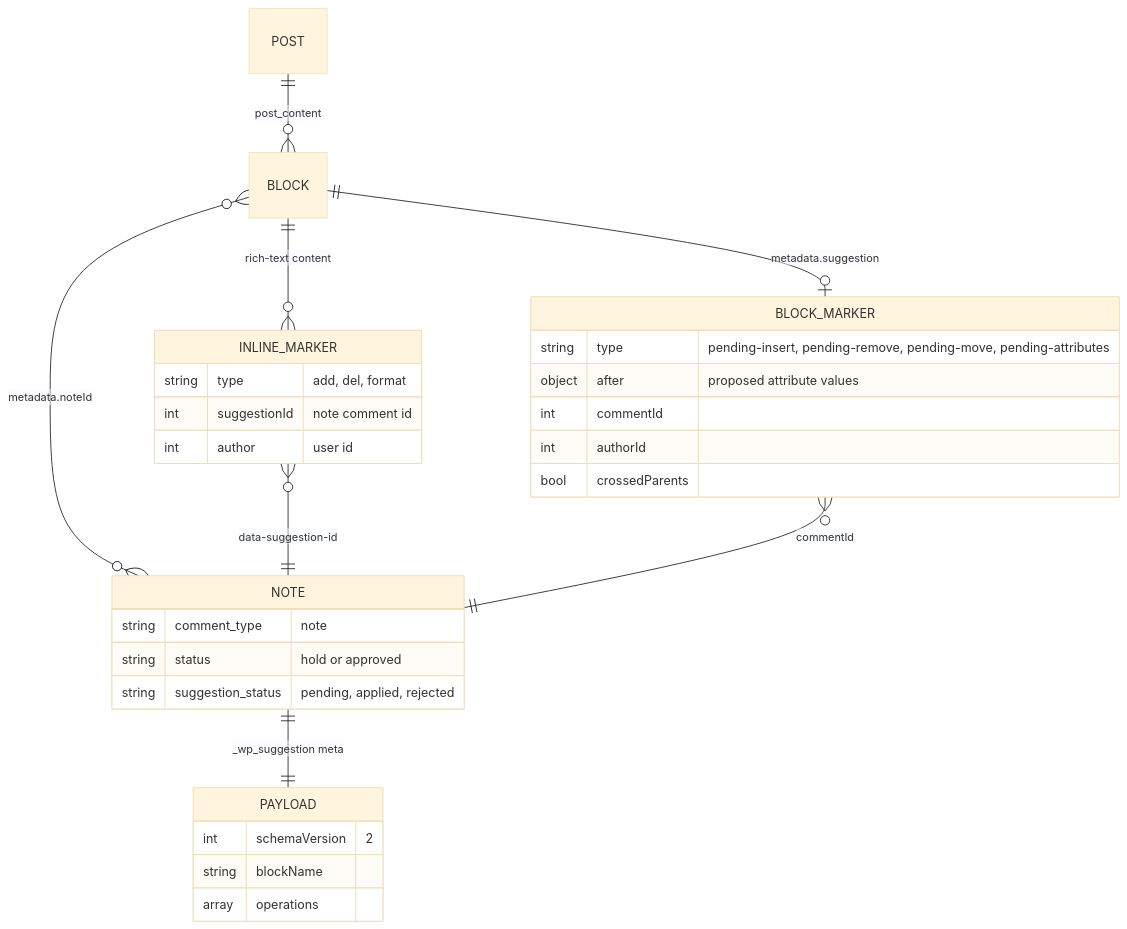
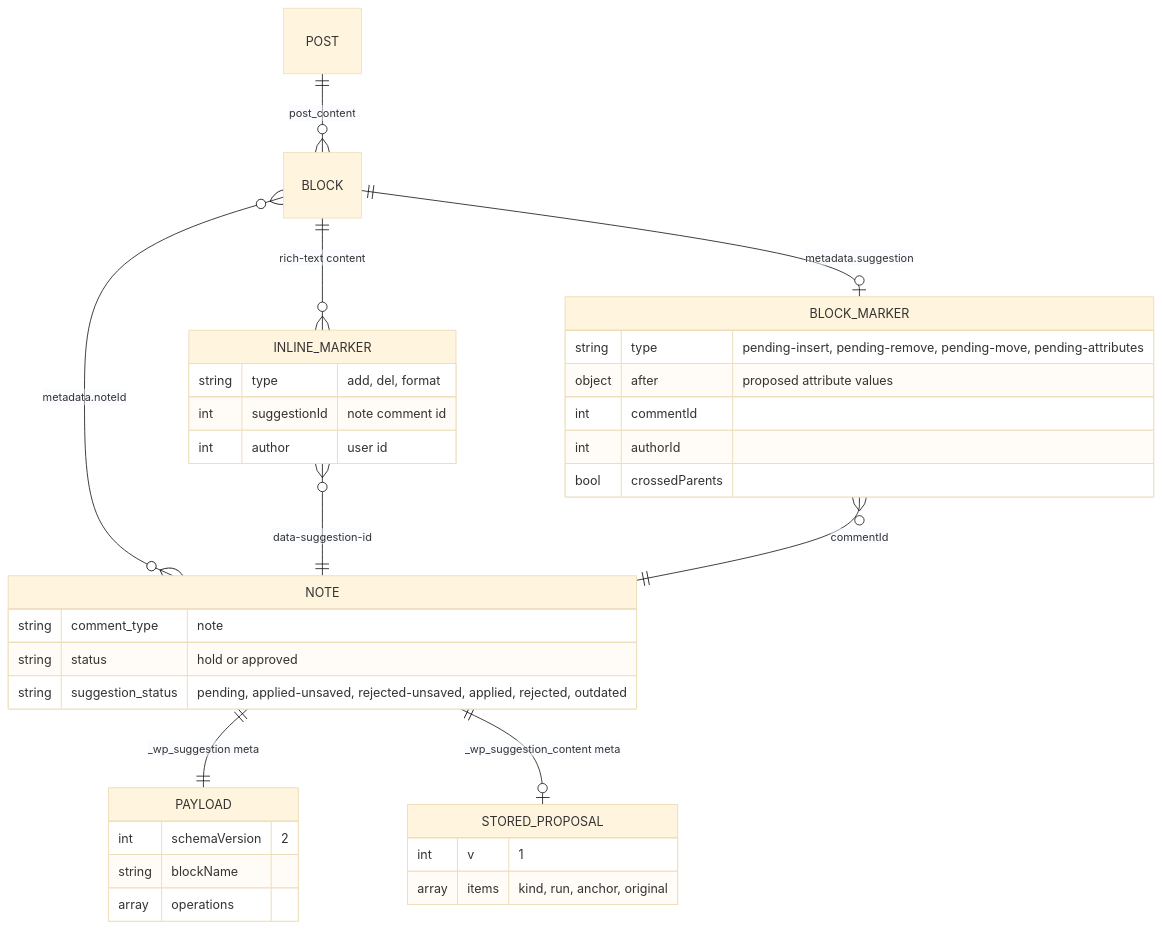
The third of 8 diagrams in docs/explanations/architecture/suggestions-overview.md (WordPress/gutenberg), drawn with Mermaid (base theme) before and after one commit. The commit also changed other lines of this file and 1 other file, not shown here.

First line of the commit message:
Suggestion mode: Add a storage summary and bring the docs in line with the save pass

````diff
--- a/docs/explanations/architecture/suggestions-overview.md
+++ b/docs/explanations/architecture/suggestions-overview.md
@@ -118,33 +124,38 @@
 ```mermaid
 erDiagram
     POST ||--o{ BLOCK : "post_content"
     BLOCK ||--o{ INLINE_MARKER : "rich-text content"
     BLOCK ||--o| BLOCK_MARKER : "metadata.suggestion"
     BLOCK }o--o{ NOTE : "metadata.noteId"
     INLINE_MARKER }o--|| NOTE : "data-suggestion-id"
     BLOCK_MARKER }o--|| NOTE : "commentId"
     NOTE ||--|| PAYLOAD : "_wp_suggestion meta"
+    NOTE ||--o| STORED_PROPOSAL : "_wp_suggestion_content meta"
 
     INLINE_MARKER {
         string type "add, del, format"
         int suggestionId "note comment id"
         int author "user id"
     }
     BLOCK_MARKER {
         string type "pending-insert, pending-remove, pending-move, pending-attributes"
         object after "proposed attribute values"
         int commentId
         int authorId
         bool crossedParents
     }
     NOTE {
         string comment_type "note"
         string status "hold or approved"
-        string suggestion_status "pending, applied, rejected"
+        string suggestion_status "pending, applied-unsaved, rejected-unsaved, applied, rejected, outdated"
     }
     PAYLOAD {
         int schemaVersion "2"
         string blockName
         array operations
     }
+    STORED_PROPOSAL {
+        int v "1"
+        array items "kind, run, anchor, original"
+    }
 ```
````
